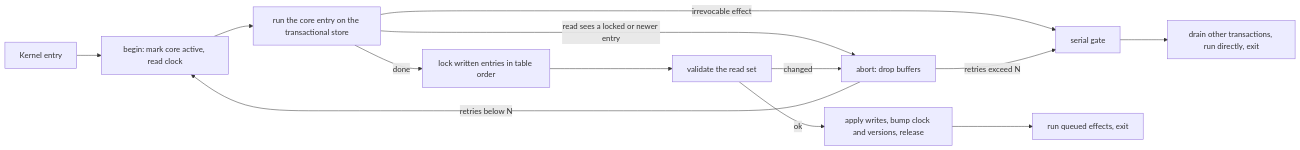
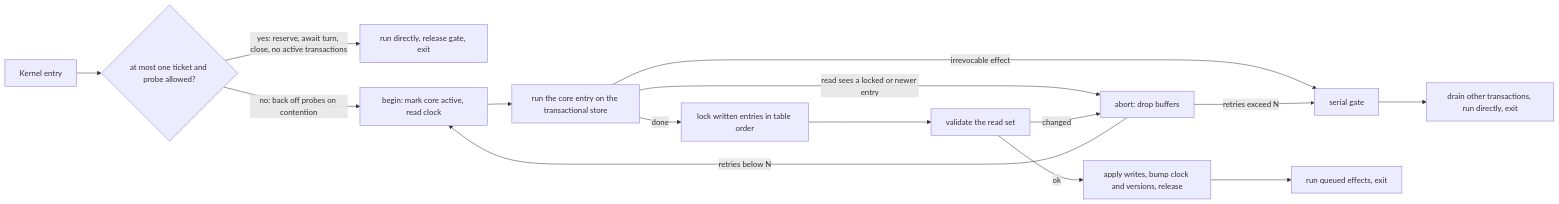
One commit to CommaBot/FL4 changed the diagram in DESIGN.md. Above: the diagram before and after it, drawn with Mermaid. The commit also changed other lines of this file and 7 other files, not shown here.

````diff
--- a/DESIGN.md
+++ b/DESIGN.md
@@ -291,15 +291,17 @@
 ``` mermaid
 flowchart LR
-  E[Kernel entry] --> B[begin: mark core active, read clock]
+  E[Kernel entry] --> P{at most one ticket and probe allowed?}
+  P -->|yes: reserve, await turn, close, no active transactions| Q[run directly, release gate, exit]
+  P -->|no: back off probes on contention| B[begin: mark core active, read clock]
   B --> R[run the core entry on the transactional store]
   R -->|read sees a locked or newer entry| A[abort: drop buffers]
   R -->|irrevocable effect| S[serial gate]
   R -->|done| C[lock written entries in table order]
   C --> V[validate the read set]
   V -->|changed| A
   V -->|ok| W[apply writes, bump clock and versions, release]
   W --> F[run queued effects, exit]
   A -->|retries below N| B
   A -->|retries exceed N| S
   S --> D[drain other transactions, run directly, exit]
 ```
````
